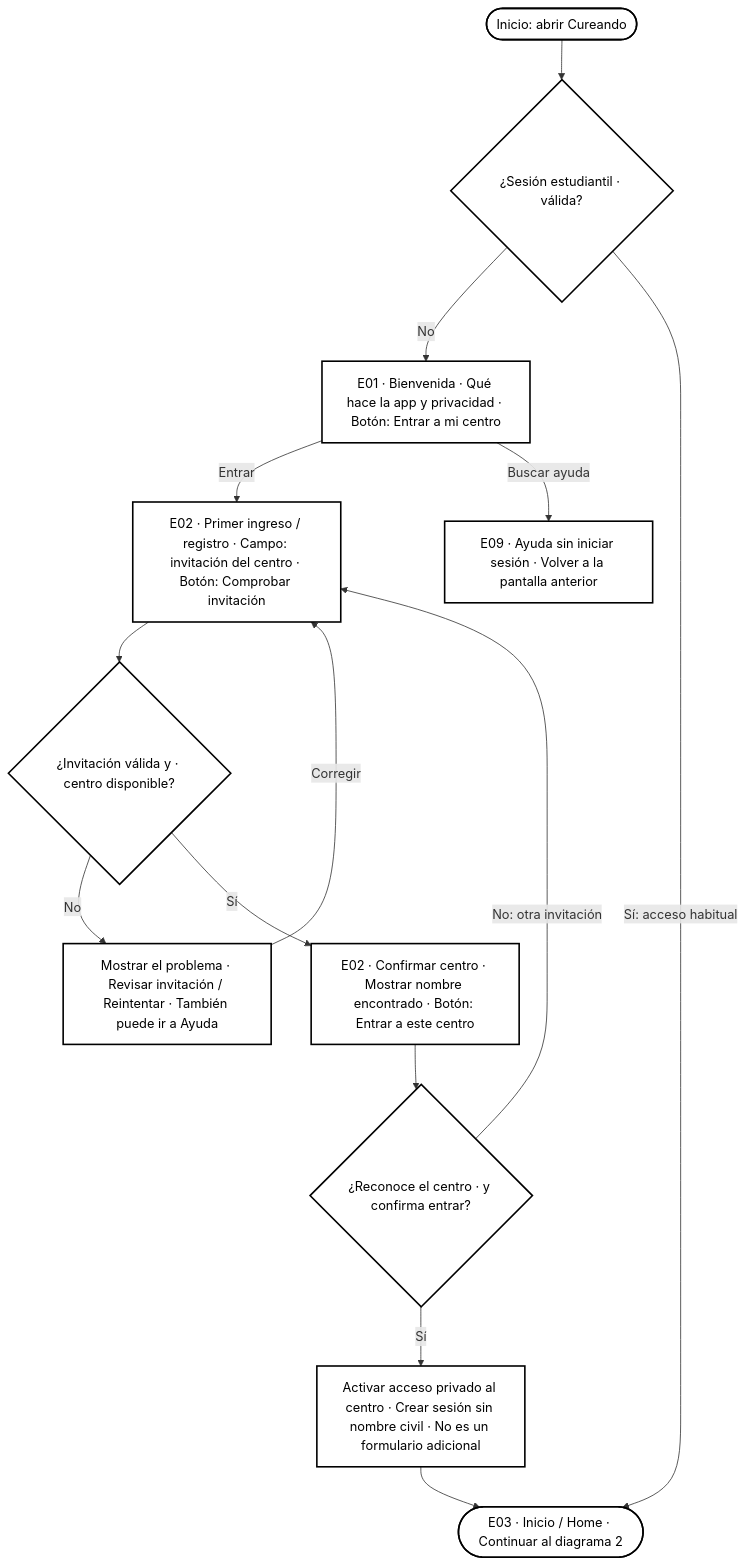
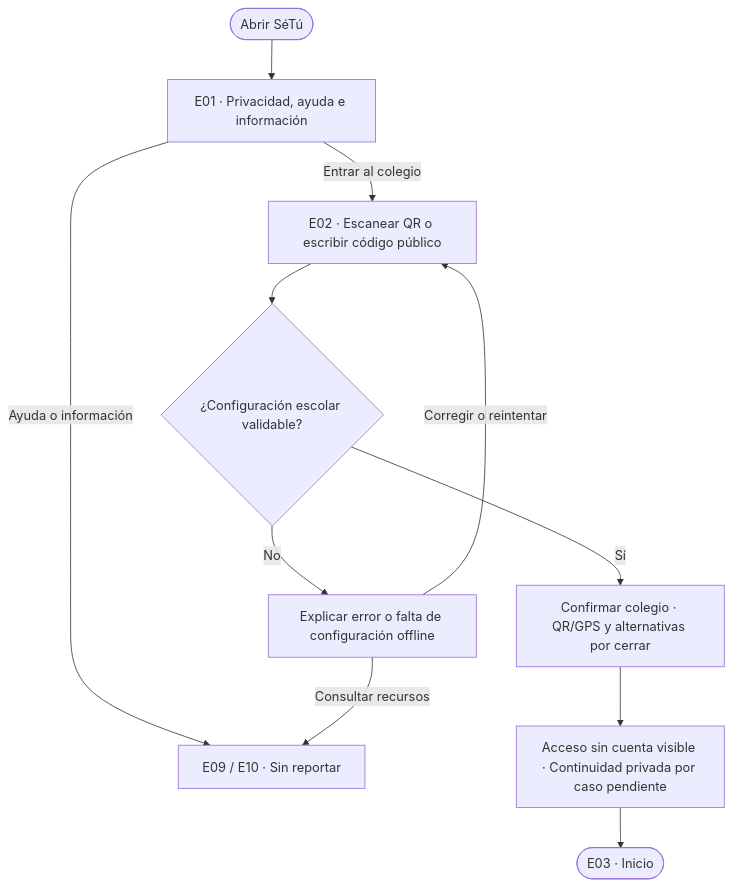
Before and after one commit to JaBaca67/Setu-Unicef-Bugnuelitos-UAM: the diagram in docs/diseno/flujos/01-acceso.mmd, drawn with Mermaid. The commit also changed 12 other files, not shown here.

Commit message:
docs: actualizar siete flujos Mermaid y retirar vistas obsoletas

```diff
--- a/docs/diseno/flujos/01-acceso.mmd
+++ b/docs/diseno/flujos/01-acceso.mmd
@@ -1,28 +1,11 @@
-%% HISTORICO: acceso y persistencia sustituidos por ADR 0003; actualizar antes de implementar.
 flowchart TD
-    start(["Inicio: abrir Cureando"])
-    session{"¿Sesión estudiantil · válida?"}
-    welcome["E01 · Bienvenida · Qué hace la app y privacidad · Botón: Entrar a mi centro"]
-    invite["E02 · Primer ingreso / registro · Campo: invitación del centro · Botón: Comprobar invitación"]
-    valid{"¿Invitación válida y · centro disponible?"}
-    invalid["Mostrar el problema · Revisar invitación / Reintentar · También puede ir a Ayuda"]
-    school["E02 · Confirmar centro · Mostrar nombre encontrado · Botón: Entrar a este centro"]
-    recognize{"¿Reconoce el centro · y confirma entrar?"}
-    register["Activar acceso privado al centro · Crear sesión sin nombre civil · No es un formulario adicional"]
-    home(["E03 · Inicio / Home · Continuar al diagrama 2"])
-    help["E09 · Ayuda sin iniciar sesión · Volver a la pantalla anterior"]
-    start --> session
-    session -->|"No"| welcome
-    session -->|"Sí: acceso habitual"| home
-    welcome -->|"Entrar"| invite
-    welcome -->|"Buscar ayuda"| help
-    invite --> valid
-    valid -->|"No"| invalid
-    invalid -->|"Corregir"| invite
-    valid -->|"Sí"| school
-    school --> recognize
-    recognize -->|"No: otra invitación"| invite
-    recognize -->|"Sí"| register
-    register --> home
-    classDef plain fill:#fff,stroke:#000,color:#000,stroke-width:2px;
-    class start,session,welcome,invite,valid,invalid,school,recognize,register,home,help plain;
+    A(["Abrir SéTú"]) --> B["E01 · Privacidad, ayuda e información"]
+    B -->|"Entrar al colegio"| C["E02 · Escanear QR o escribir código público"]
+    B -->|"Ayuda o información"| H["E09 / E10 · Sin reportar"]
+    C --> D{"¿Configuración escolar validable?"}
+    D -->|"No"| X["Explicar error o falta de configuración offline"]
+    X -->|"Corregir o reintentar"| C
+    X -->|"Consultar recursos"| H
+    D -->|"Sí"| E["Confirmar colegio · QR/GPS y alternativas por cerrar"]
+    E --> F["Acceso sin cuenta visible · Continuidad privada por caso pendiente"]
+    F --> G(["E03 · Inicio"])
```
